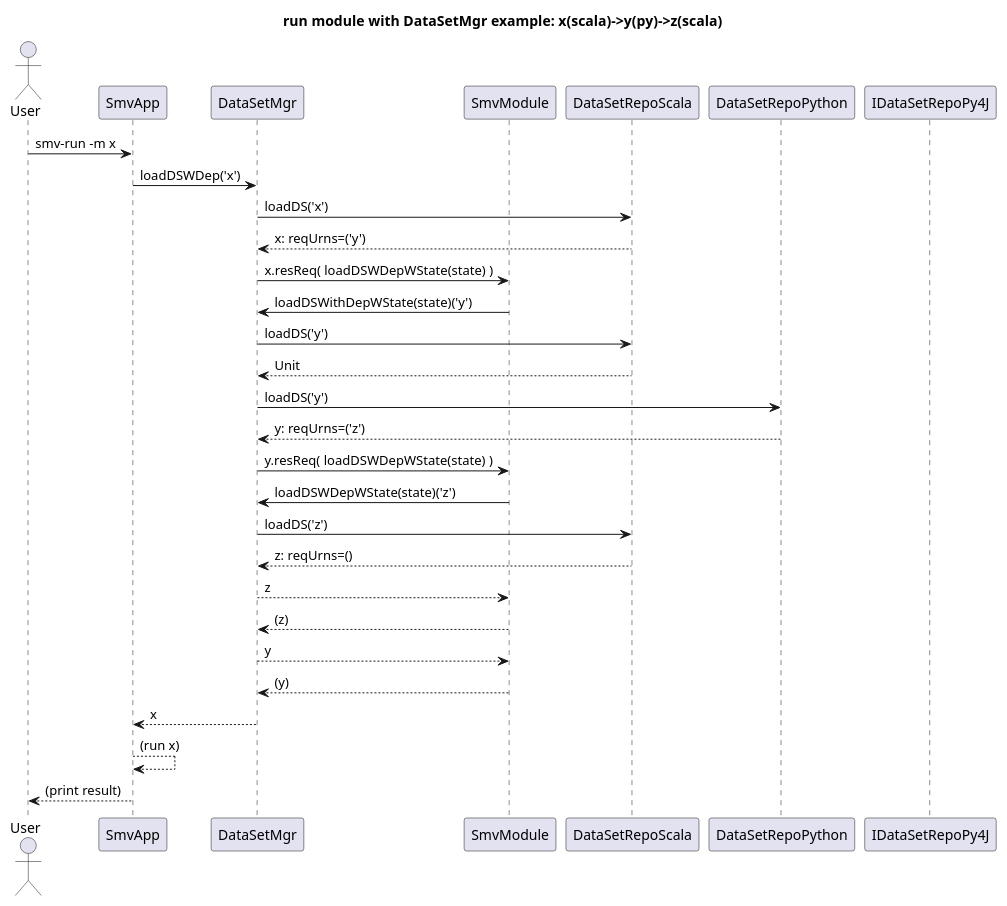
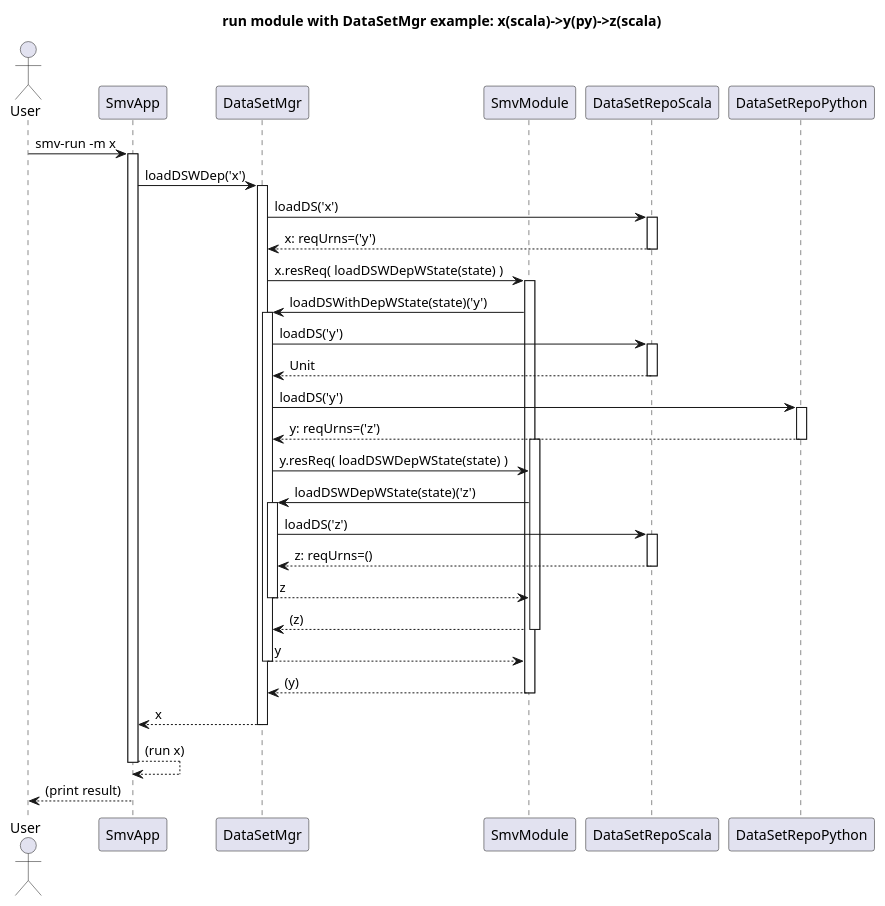
The diagram in docs/design/DataSetMgr/DataSetMgr_seq.puml (TresAmigosSD/SMV), drawn with PlantUML before and after one commit.

Commit message:
add activation boxes to DataSetMgr seq diagram

```diff
--- a/docs/design/DataSetMgr/DataSetMgr_seq.puml
+++ b/docs/design/DataSetMgr/DataSetMgr_seq.puml
@@ -1,35 +1,71 @@
 @startuml
 title run module with DataSetMgr example: x(scala)->y(py)->z(scala)
 
 Actor User
 Participant SmvApp as app
 Participant DataSetMgr as dsm
 Participant SmvModule as mod
 Participant DataSetRepoScala as dsrs
 Participant DataSetRepoPython as dsrp
-Participant IDataSetRepoPy4J as idsrp
 
 
 User -> app: smv-run -m x
-app -> dsm: loadDSWDep('x')
-dsm -> dsrs: loadDS('x')
-dsrs --> dsm: x: reqUrns=('y')
-dsm -> mod: x.resReq( loadDSWDepWState(state) )
-mod -> dsm: loadDSWithDepWState(state)('y')
-dsm -> dsrs: loadDS('y')
-dsrs --> dsm: Unit
-dsm -> dsrp: loadDS('y')
-dsrp --> dsm: y: reqUrns=('z')
-dsm -> mod: y.resReq( loadDSWDepWState(state) )
-mod -> dsm: loadDSWDepWState(state)('z')
-dsm -> dsrs: loadDS('z')
-dsrs --> dsm: z: reqUrns=()
-dsm --> mod: z
-mod --> dsm: (z)
-dsm --> mod: y
-mod --> dsm: (y)
-dsm --> app: x
-app --> app: (run x)
+activate app
+  app -> dsm: loadDSWDep('x')
+  activate dsm
+    dsm -> dsrs: loadDS('x')
+
+    activate dsrs
+      dsrs --> dsm: x: reqUrns=('y')
+    deactivate dsrs
+
+    dsm -> mod: x.resReq( loadDSWDepWState(state) )
+
+    activate mod
+      mod -> dsm: loadDSWithDepWState(state)('y')
+
+      activate dsm
+        dsm -> dsrs: loadDS('y')
+
+        activate dsrs
+          dsrs --> dsm: Unit
+        deactivate dsrs
+
+        dsm -> dsrp: loadDS('y')
+
+        activate dsrp
+          dsrp --> dsm: y: reqUrns=('z')
+        deactivate dsrp
+
+        activate mod
+          dsm -> mod: y.resReq( loadDSWDepWState(state) )
+          mod -> dsm: loadDSWDepWState(state)('z')
+
+          activate dsm
+            dsm -> dsrs: loadDS('z')
+
+            activate dsrs
+              dsrs --> dsm: z: reqUrns=()
+            deactivate dsrs
+
+            dsm --> mod: z
+          deactivate dsm
+
+          mod --> dsm: (z)
+        deactivate mod
+
+        dsm --> mod: y
+      deactivate dsm
+
+      mod --> dsm: (y)
+    deactivate mod
+
+    dsm --> app: x
+  deactivate dsm
+
+  app --> app: (run x)
+deactivate app
+
 app --> User: (print result)
 
 @enduml
```
